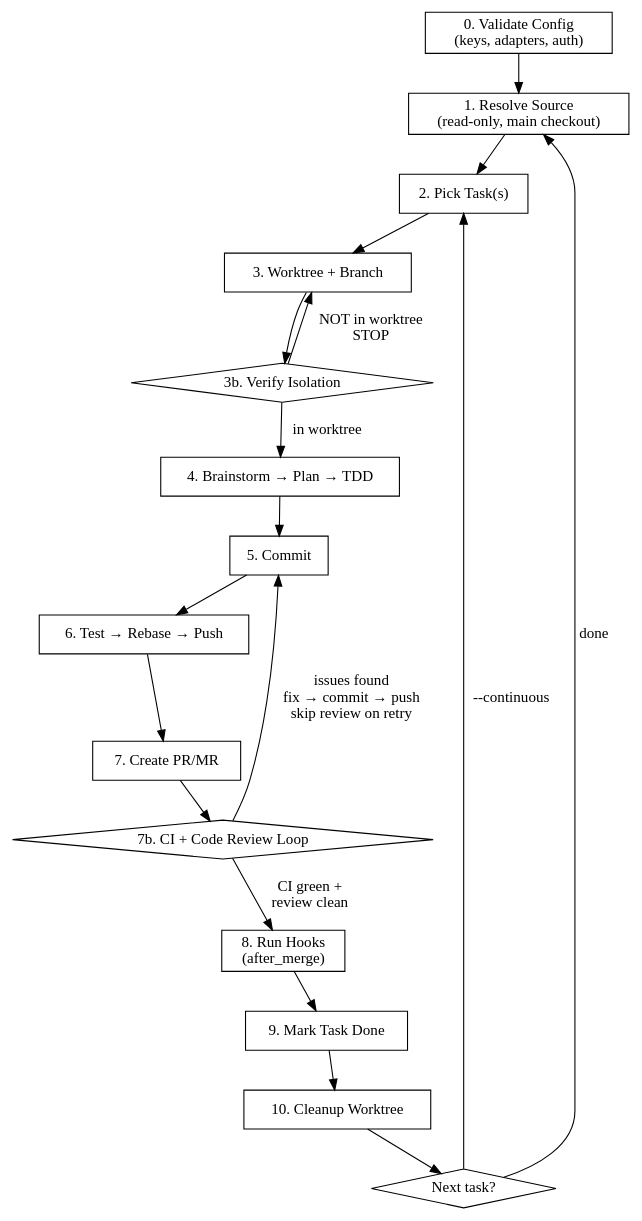
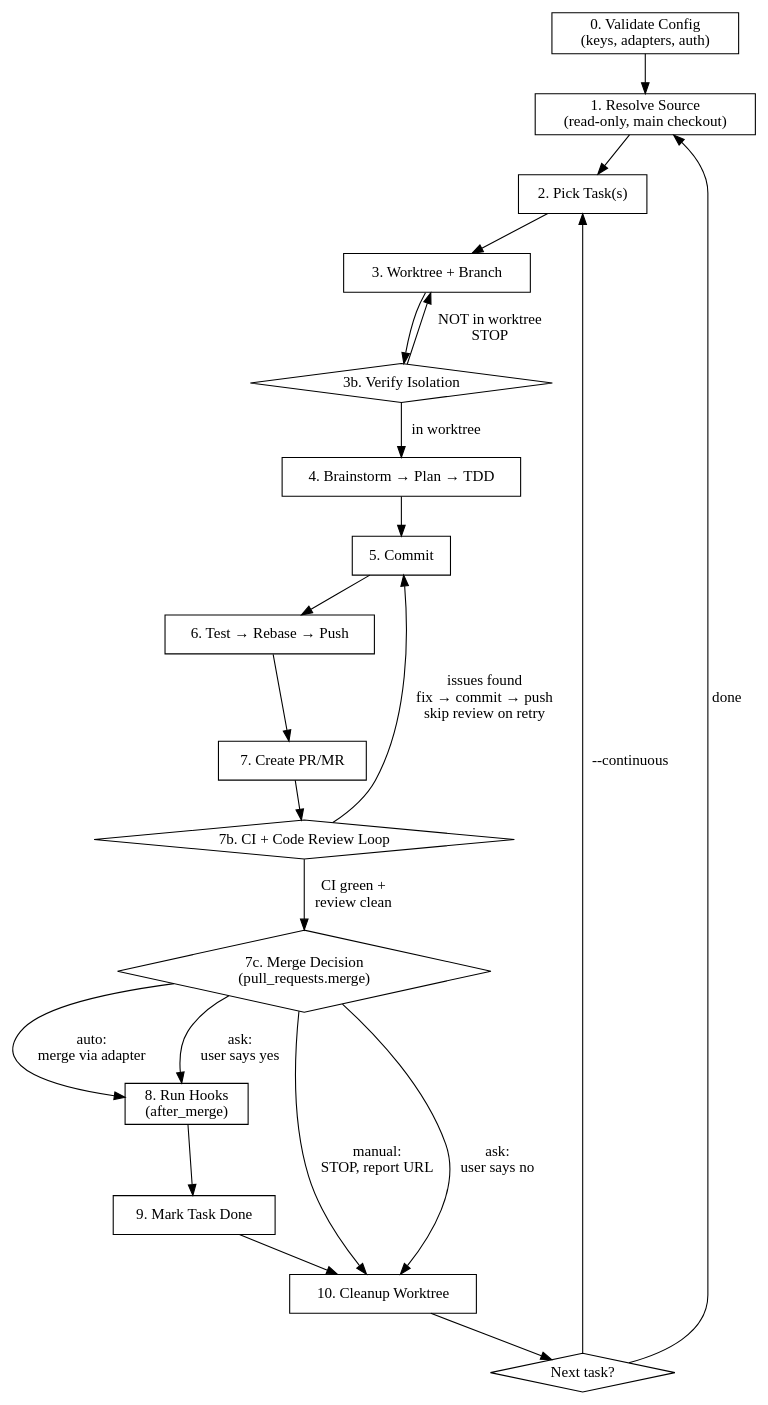
The diagram in plugins/flowyeah/skills/build/SKILL.md (rodrigomanhaes/flowyeah), drawn with Graphviz before and after one commit. The commit also changed other lines of this file, not shown here.

First line of the commit message:
fix: enforce merge and issue creation configuration decisions

````diff
--- a/plugins/flowyeah/skills/build/SKILL.md
+++ b/plugins/flowyeah/skills/build/SKILL.md
@@ -68,31 +68,36 @@
 ```dot
 digraph pipeline {
     rankdir=TB;
     node [shape=box];
 
     validate [label="0. Validate Config\n(keys, adapters, auth)"];
     resolve [label="1. Resolve Source\n(read-only, main checkout)"];
     pick [label="2. Pick Task(s)"];
     worktree [label="3. Worktree + Branch"];
     verify_wt [label="3b. Verify Isolation" shape=diamond];
     implement [label="4. Brainstorm → Plan → TDD"];
     commit [label="5. Commit"];
     deliver [label="6. Test → Rebase → Push"];
     pr [label="7. Create PR/MR"];
     ci_loop [label="7b. CI + Code Review Loop" shape=diamond];
+    merge_decision [label="7c. Merge Decision\n(pull_requests.merge)" shape=diamond];
     hooks [label="8. Run Hooks\n(after_merge)"];
     mark [label="9. Mark Task Done"];
     cleanup [label="10. Cleanup Worktree"];
     next [label="Next task?" shape=diamond];
 
     validate -> resolve -> pick -> worktree -> verify_wt;
     verify_wt -> implement [label="in worktree"];
     verify_wt -> worktree [label="NOT in worktree\nSTOP"];
     implement -> commit -> deliver -> pr -> ci_loop;
     ci_loop -> commit [label="issues found\nfix → commit → push\nskip review on retry"];
-    ci_loop -> hooks [label="CI green +\nreview clean"];
+    ci_loop -> merge_decision [label="CI green +\nreview clean"];
+    merge_decision -> hooks [label="auto:\nmerge via adapter"];
+    merge_decision -> cleanup [label="manual:\nSTOP, report URL"];
+    merge_decision -> hooks [label="ask:\nuser says yes"];
+    merge_decision -> cleanup [label="ask:\nuser says no"];
     hooks -> mark -> cleanup -> next;
     next -> pick [label="--continuous"];
     next -> resolve [label="done"];
 }
 ```
````
